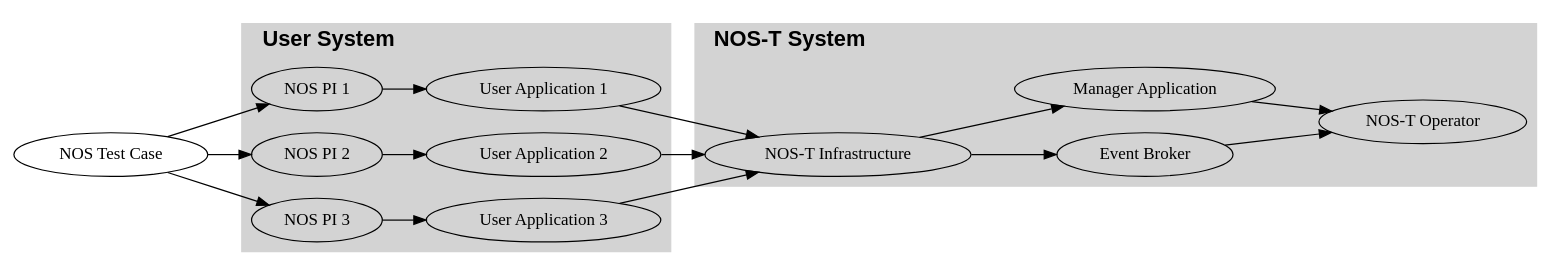
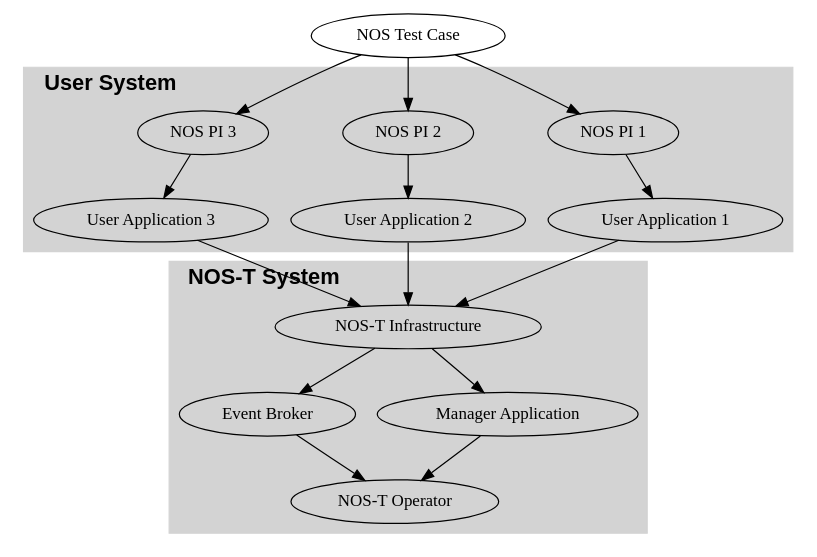
Before and after one commit to code-lab-org/nost-tools: the diagram in docs/source/index.rst, drawn with Graphviz. The commit also changed other lines of this file, not shown here.

Commit message:
add index figure

```diff
--- a/docs/source/index.rst
+++ b/docs/source/index.rst
@@ -21,42 +21,40 @@
 .. graphviz::
    :align: center
 
    digraph G {
-   rankdir=LR;
    
    "NOS Test Case" -> "NOS PI 1";
    "NOS Test Case" -> "NOS PI 2";
    "NOS Test Case" -> "NOS PI 3";
    
    subgraph cluster0 {
       style=filled;
       color=lightgrey;
       label="User System";
       labeljust="l";
       fontsize=18;
       fontname="Helvetica-Bold";
       
       "NOS PI 1" -> "User Application 1";
       "NOS PI 2" -> "User Application 2";
       "NOS PI 3" -> "User Application 3";
    }
    
    subgraph cluster1 {
       style=filled;
       color=lightgrey;
       label="NOS-T System";
       labeljust="l";
       fontsize=18;
       fontname="Helvetica-Bold";
       
       "NOS-T Infrastructure" -> "Event Broker";
       "NOS-T Infrastructure" -> "Manager Application";
-      
-      "Event Broker" -> "NOS-T Operator"
+      "Event Broker" -> "NOS-T Operator";
       "Manager Application" -> "NOS-T Operator";
    }
    
    "User Application 1" -> "NOS-T Infrastructure";
    "User Application 2" -> "NOS-T Infrastructure";
    "User Application 3" -> "NOS-T Infrastructure";
    }
```
